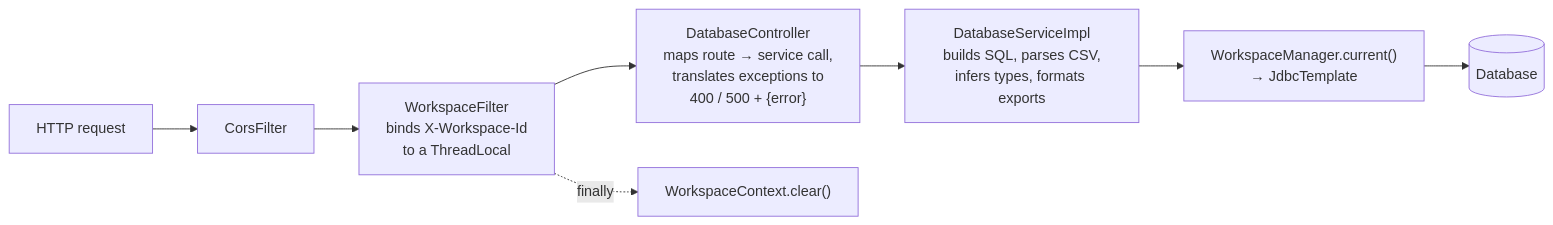
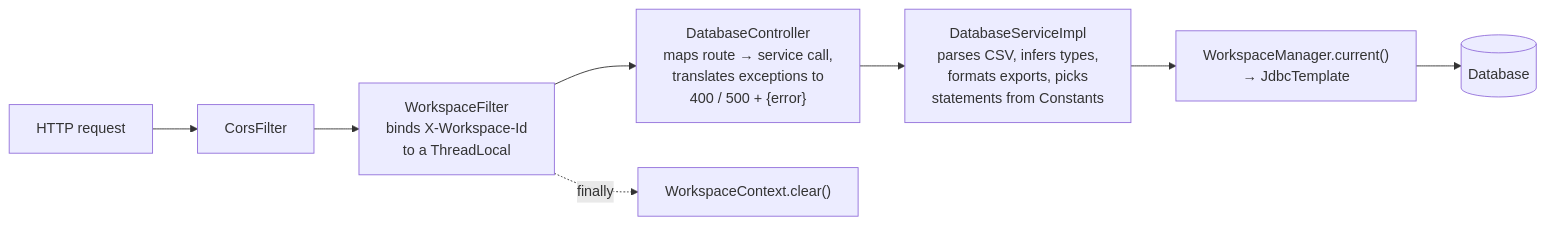
Before and after one commit to Srivatsa-Nayak/db-viewer: the second of 7 diagrams in docs/SYSTEM-DESIGN.md, drawn with Mermaid. The commit also changed other lines of this file and 132 other files, not shown here.

````diff
--- a/docs/SYSTEM-DESIGN.md
+++ b/docs/SYSTEM-DESIGN.md
@@ -177,10 +182,10 @@
 ```mermaid
 flowchart LR
     REQ[HTTP request] --> CORS[CorsFilter]
     CORS --> WF["WorkspaceFilter<br/>binds X-Workspace-Id<br/>to a ThreadLocal"]
     WF --> C["DatabaseController<br/>maps route → service call,<br/>translates exceptions to<br/>400 / 500 + {error}"]
-    C --> S["DatabaseServiceImpl<br/>builds SQL, parses CSV,<br/>infers types, formats exports"]
+    C --> S["DatabaseServiceImpl<br/>parses CSV, infers types,<br/>formats exports, picks<br/>statements from Constants"]
     S --> W["WorkspaceManager.current()<br/>→ JdbcTemplate"]
     W --> D[(Database)]
     WF -. finally .-> CLR["WorkspaceContext.clear()"]
 ```
````
